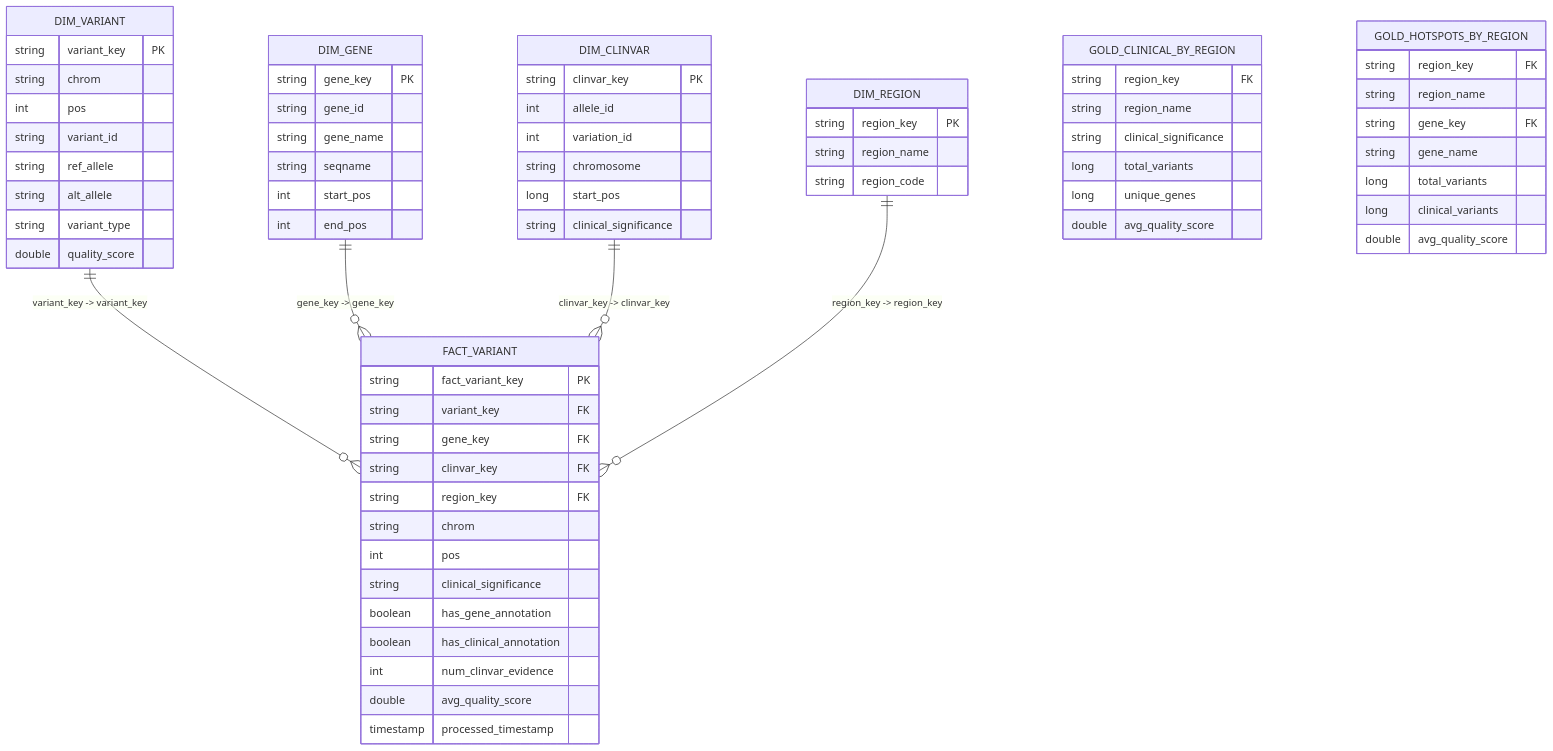
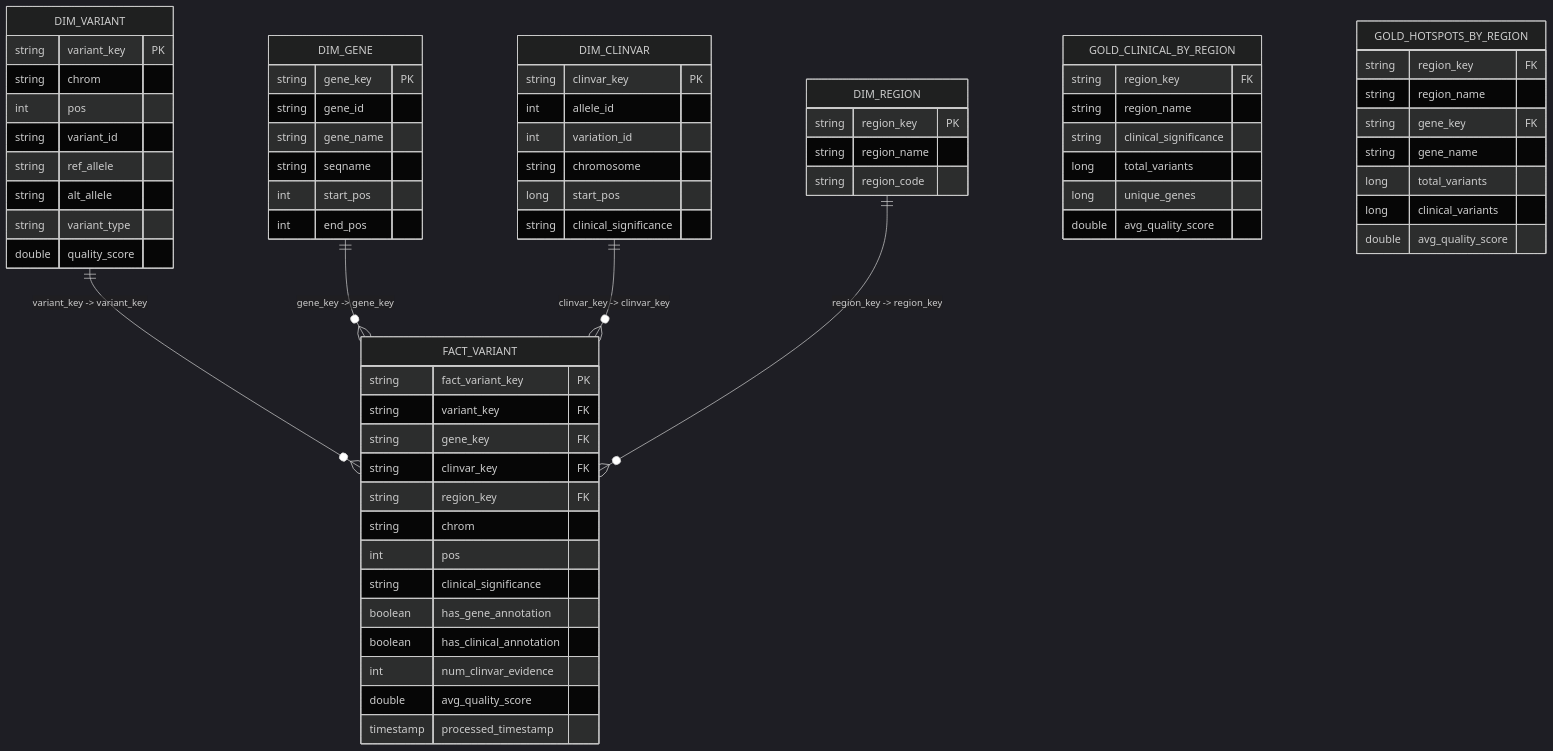
The third of 3 diagrams in pipeline_diagram.md (Manasa0512/Databricks), drawn with Mermaid before and after one commit. The commit also changed other lines of this file, not shown here.

````diff
--- a/pipeline_diagram.md
+++ b/pipeline_diagram.md
@@ -267,77 +306,78 @@
 ```mermaid
+%%{init: {"theme":"dark"}}%%
 erDiagram
   DIM_VARIANT ||--o{ FACT_VARIANT : "variant_key -> variant_key"
   DIM_GENE ||--o{ FACT_VARIANT : "gene_key -> gene_key"
   DIM_CLINVAR ||--o{ FACT_VARIANT : "clinvar_key -> clinvar_key"
   DIM_REGION ||--o{ FACT_VARIANT : "region_key -> region_key"
 
   DIM_VARIANT {
     string variant_key PK
     string chrom
     int pos
     string variant_id
     string ref_allele
     string alt_allele
     string variant_type
     double quality_score
   }
 
   DIM_GENE {
     string gene_key PK
     string gene_id
     string gene_name
     string seqname
     int start_pos
     int end_pos
   }
 
   DIM_CLINVAR {
     string clinvar_key PK
     int allele_id
     int variation_id
     string chromosome
     long start_pos
     string clinical_significance
   }
 
   DIM_REGION {
     string region_key PK
     string region_name
     string region_code
   }
 
   FACT_VARIANT {
     string fact_variant_key PK
     string variant_key FK
     string gene_key FK
     string clinvar_key FK
     string region_key FK
     string chrom
     int pos
     string clinical_significance
     boolean has_gene_annotation
     boolean has_clinical_annotation
     int num_clinvar_evidence
     double avg_quality_score
     timestamp processed_timestamp
   }
 
   GOLD_CLINICAL_BY_REGION {
     string region_key FK
     string region_name
     string clinical_significance
     long total_variants
     long unique_genes
     double avg_quality_score
   }
 
   GOLD_HOTSPOTS_BY_REGION {
     string region_key FK
     string region_name
     string gene_key FK
     string gene_name
     long total_variants
     long clinical_variants
     double avg_quality_score
   }
 ```
````
